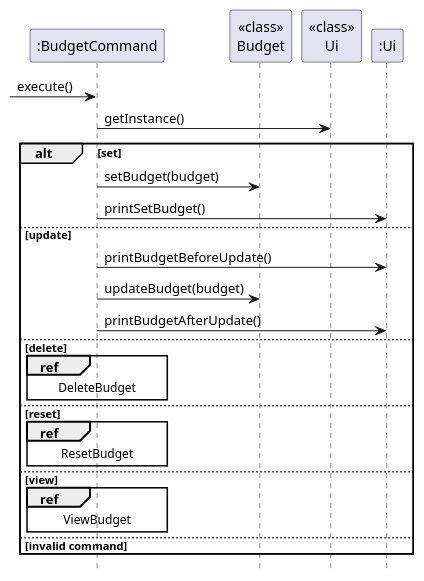
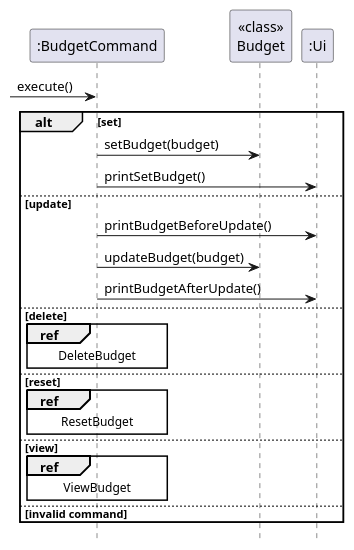
One commit to nus-cs2113-AY2324S1/tp changed the diagram in docs/diagrams/Budget.puml. Above: the diagram before and after it, drawn with PlantUML. The commit also changed 7 other files, not shown here.

Commit message:
Update sequence diagram

```diff
--- a/docs/diagrams/Budget.puml
+++ b/docs/diagrams/Budget.puml
@@ -1,28 +1,26 @@
 @startuml
 
 participant ":BudgetCommand" as BudgetCommand
 participant "<<class>>\nBudget" as Budget
-participant "<<class>>\nUi" as UiClass
 participant ":Ui" as Ui
 
 -> BudgetCommand: execute()
-BudgetCommand -> UiClass: getInstance()
 
 alt set
     BudgetCommand -> Budget: setBudget(budget)
     BudgetCommand -> Ui: printSetBudget()
 else update
     BudgetCommand -> Ui: printBudgetBeforeUpdate()
     BudgetCommand -> Budget: updateBudget(budget)
     BudgetCommand -> Ui: printBudgetAfterUpdate()
 else delete
     ref over BudgetCommand: DeleteBudget
 else reset
     ref over BudgetCommand: ResetBudget
 else view
     ref over BudgetCommand: ViewBudget
 else invalid command
 end
 
 hide footbox
 @enduml
```
